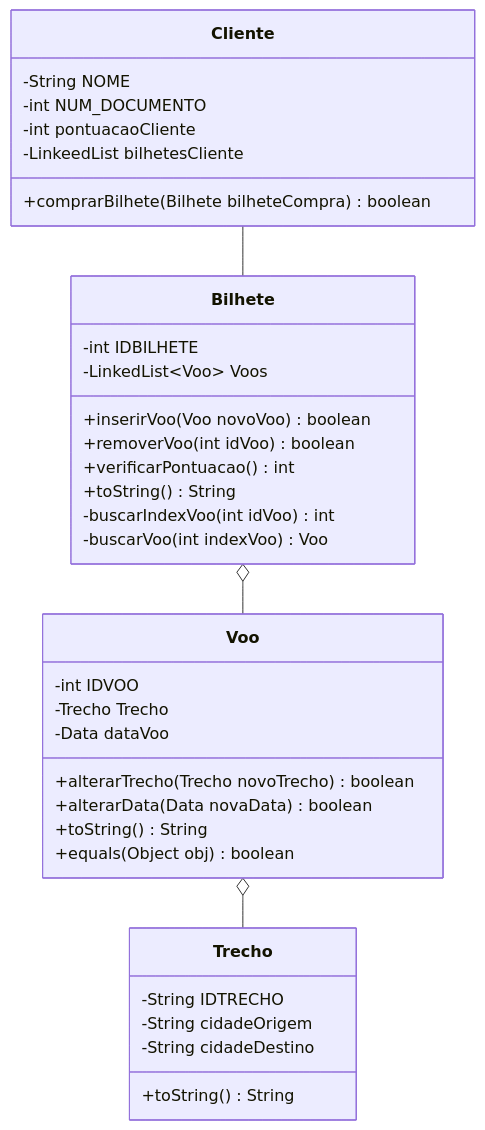
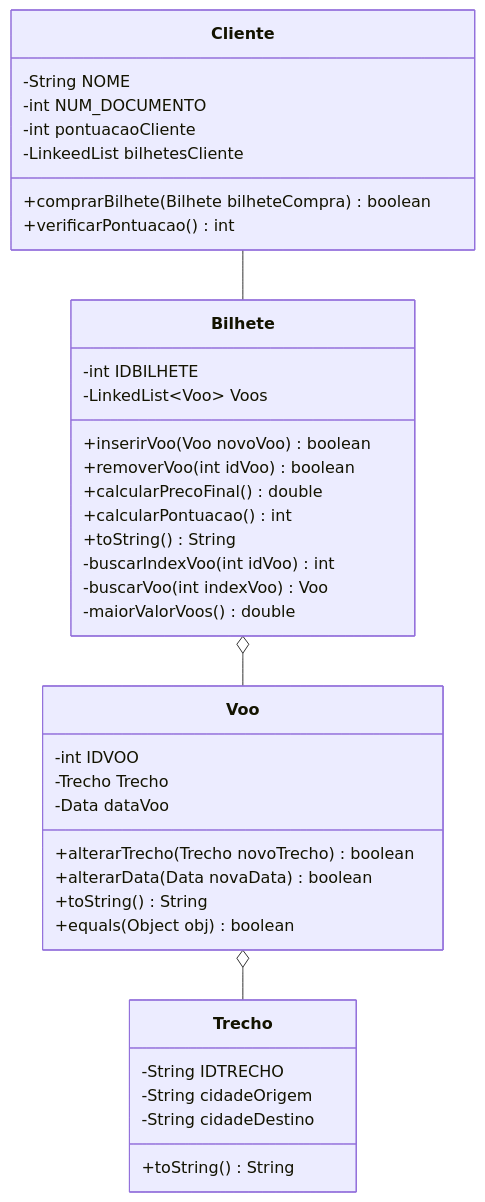
The diagram in README.md (DisciplinasProgramacao/tp_em_grupo-grupododiogo), drawn with Mermaid before and after one commit.

Commit message:
Update README.md
métodos classe Bilhete e Cliente

````diff
--- a/README.md
+++ b/README.md
@@ -78,43 +78,46 @@
 ```mermaid
 classDiagram
 class Cliente {
 -String NOME
 -int NUM_DOCUMENTO
 -int pontuacaoCliente
 -LinkeedList<Bilhete> bilhetesCliente
 +comprarBilhete(Bilhete bilheteCompra) boolean
++verificarPontuacao() int
 }
 
 class Bilhete {
  -int IDBILHETE
  -LinkedList~Voo~ Voos
  +inserirVoo(Voo novoVoo) boolean
  +removerVoo(int idVoo) boolean
- +verificarPontuacao() int
+ +calcularPrecoFinal() double
+ +calcularPontuacao() int
  +toString() String
  -buscarIndexVoo(int idVoo) int
  -buscarVoo(int indexVoo) Voo
+ -maiorValorVoos() double
 }
 
 class Voo {
  -int IDVOO
  -Trecho Trecho
  -Data dataVoo
  +alterarTrecho(Trecho novoTrecho) boolean
  +alterarData(Data novaData) boolean
  +toString() String
  +equals(Object obj) boolean
 }
 
 class Trecho {
  -String IDTRECHO
  -String cidadeOrigem
  -String cidadeDestino
  +toString() String
 }
 
 Cliente -- Bilhete
 Bilhete o-- Voo
 Voo o-- Trecho
 end
 ```
````
